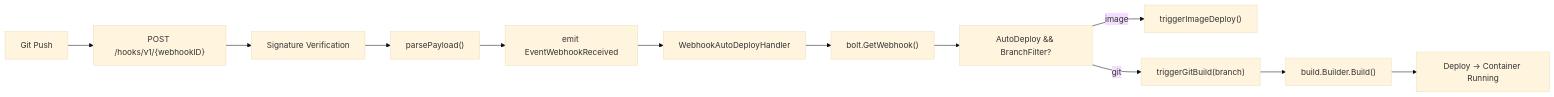
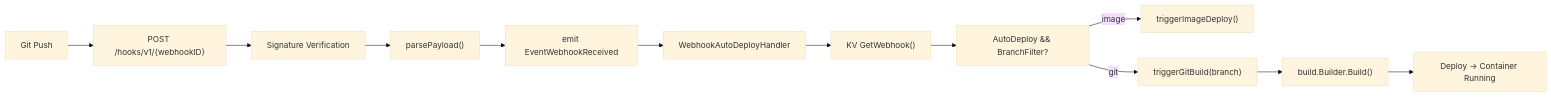
Before and after one commit to deploy-monster/deploy-monster: the eighth of 11 diagrams in ARCHITECTURE.md, drawn with Mermaid (base theme). The commit also changed other lines of this file and 6 other files, not shown here.

Commit message:
docs: refresh architecture references

````diff
--- a/ARCHITECTURE.md
+++ b/ARCHITECTURE.md
@@ -1047,14 +1054,14 @@
 ```mermaid
 flowchart LR
     GitPush["Git Push"] --> Webhook["POST /hooks/v1/{webhookID}"]
     Webhook --> Verify["Signature Verification"]
     Verify --> Parse["parsePayload()"]
     Parse --> Emit["emit EventWebhookReceived"]
     Emit --> Handler["WebhookAutoDeployHandler"]
-    Handler --> Lookup["bolt.GetWebhook()"]
+    Handler --> Lookup["KV GetWebhook()"]
     Lookup --> Check["AutoDeploy && BranchFilter?"]
     Check -->|image| ImageDeploy["triggerImageDeploy()"]
     Check -->|git| GitBuild["triggerGitBuild(branch)"]
     GitBuild --> Builder["build.Builder.Build()"]
     Builder --> Deploy["Deploy → Container Running"]
 ```
````
